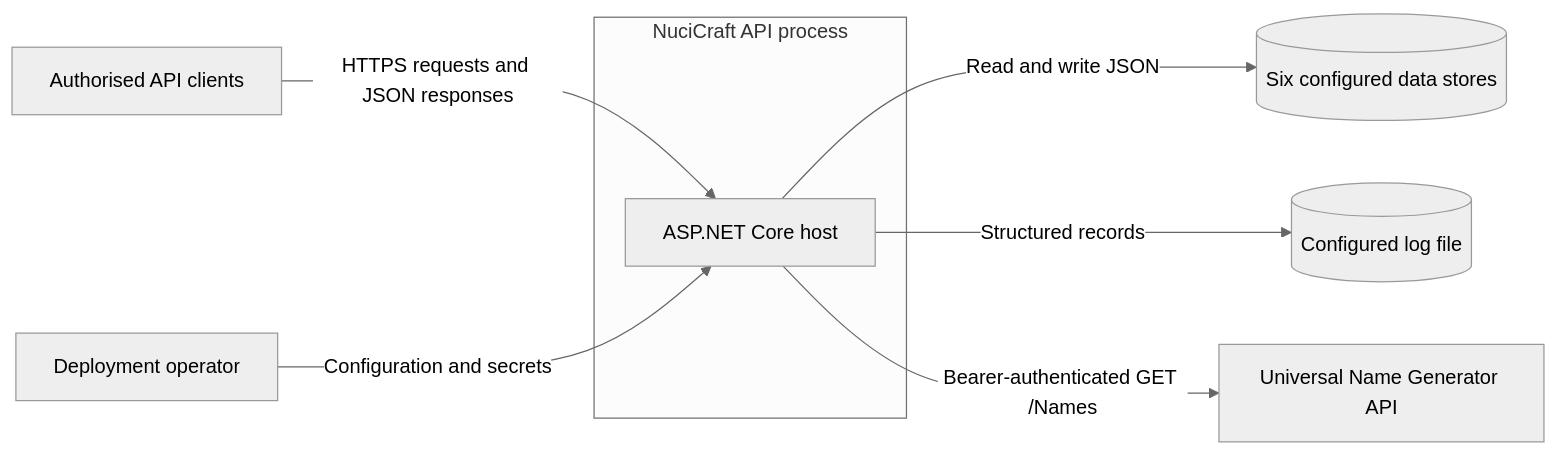
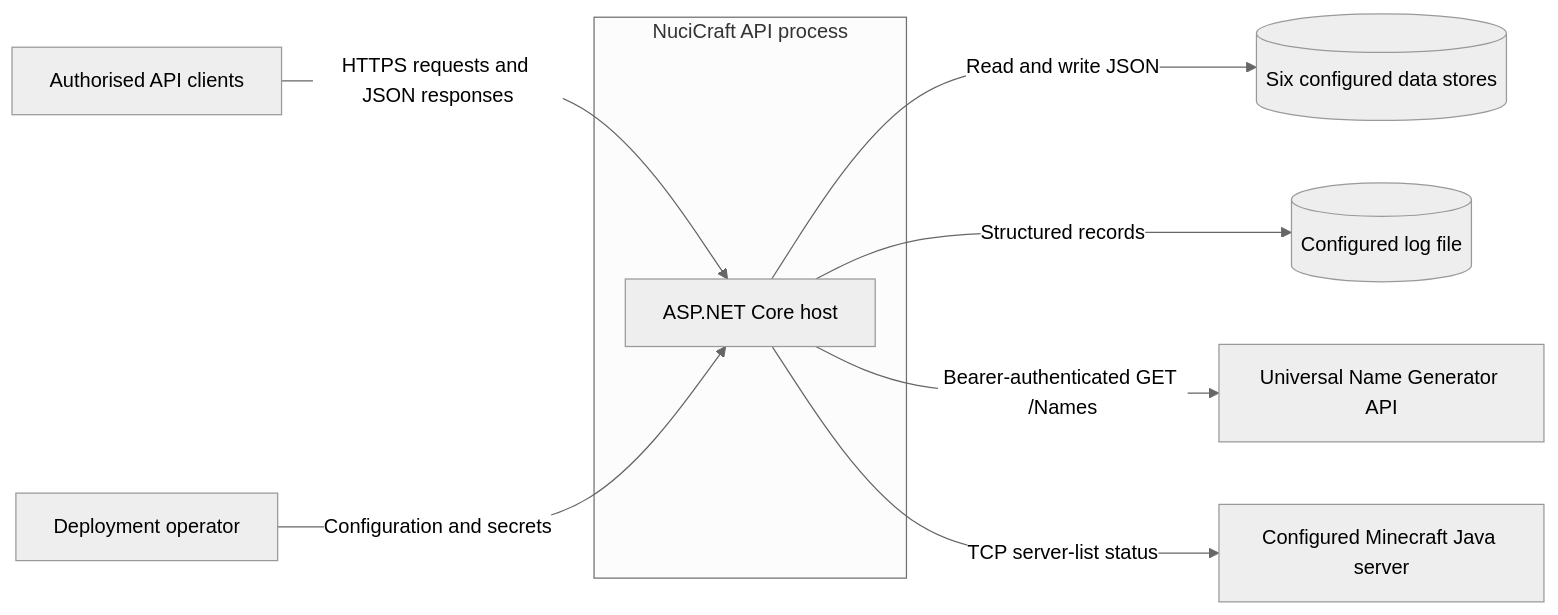
Before and after one commit to hmlendea/nucicraft-api: the first of 7 diagrams in ARCHITECTURE.md, drawn with Mermaid (neutral theme). The commit also changed other lines of this file and 13 other files, not shown here.

````diff
--- a/ARCHITECTURE.md
+++ b/ARCHITECTURE.md
@@ -52,13 +52,14 @@
 ```mermaid
 flowchart LR
         Client["Authorised API clients"] -->|"HTTPS requests and JSON responses"| Host
         Operator["Deployment operator"] -->|"Configuration and secrets"| Host
 
         subgraph System["NuciCraft API process"]
                 Host["ASP.NET Core host"]
     end
 
         Host -->|"Read and write JSON"| Stores[("Six configured data stores")]
         Host -->|"Structured records"| Logs[("Configured log file")]
         Host -->|"Bearer-authenticated GET /Names"| NameGenerator["Universal Name Generator API"]
+        Host -->|"TCP server-list status"| JavaServer["Configured Minecraft Java server"]
 ```
````
